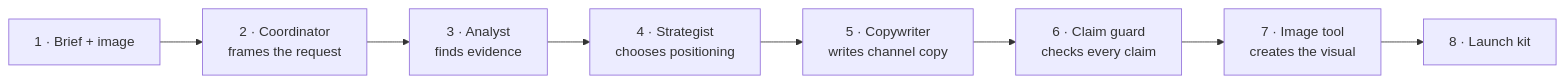
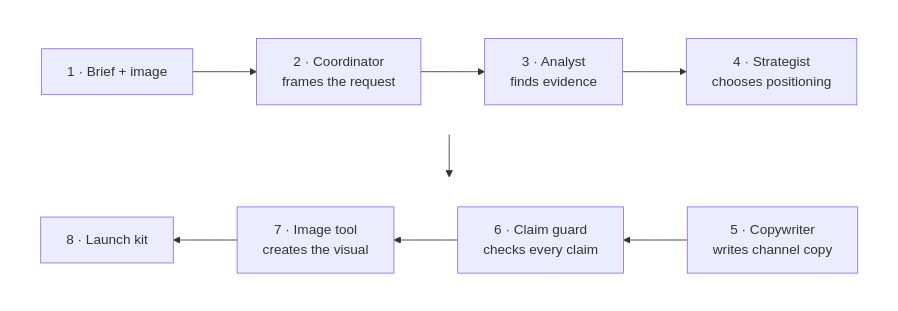
The first of 3 diagrams in foundry/agent-optimization/README.md (nitya/model-mastery), drawn with Mermaid before and after one commit. The commit also changed other lines of this file and 3 other files, not shown here.

Commit message:
Wrap agent architecture diagrams

````diff
--- a/foundry/agent-optimization/README.md
+++ b/foundry/agent-optimization/README.md
@@ -37,10 +38,18 @@
 ```mermaid
-flowchart LR
-    A["1 · Brief + image"] --> B["2 · Coordinator<br/>frames the request"]
-    B --> C["3 · Analyst<br/>finds evidence"]
-    C --> D["4 · Strategist<br/>chooses positioning"]
-    D --> E["5 · Copywriter<br/>writes channel copy"]
-    E --> F["6 · Claim guard<br/>checks every claim"]
-    F --> G["7 · Image tool<br/>creates the visual"]
-    G --> H["8 · Launch kit"]
+flowchart TB
+    subgraph TOP[" "]
+        direction LR
+        A["1 · Brief + image"] --> B["2 · Coordinator<br/>frames the request"]
+        B --> C["3 · Analyst<br/>finds evidence"]
+        C --> D["4 · Strategist<br/>chooses positioning"]
+    end
+    subgraph BOTTOM[" "]
+        direction RL
+        E["5 · Copywriter<br/>writes channel copy"] --> F["6 · Claim guard<br/>checks every claim"]
+        F --> G["7 · Image tool<br/>creates the visual"]
+        G --> H["8 · Launch kit"]
+    end
+    D --> E
+    style TOP fill:none,stroke:none
+    style BOTTOM fill:none,stroke:none
 ```
````
